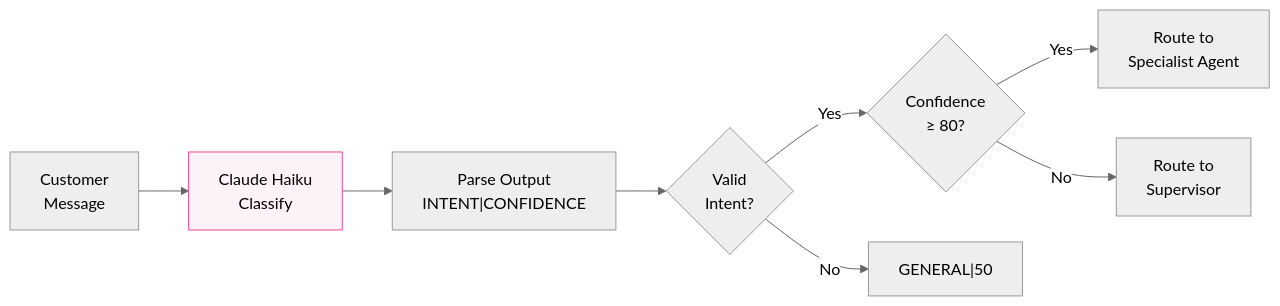
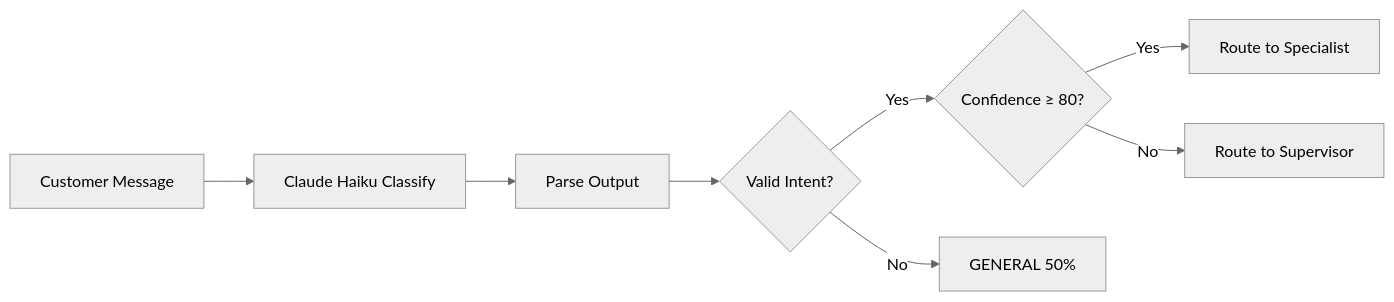
Before and after one commit to EminDurmuSS/lookfor-hackathon: the third of 11 diagrams in README.md, drawn with Mermaid (neutral theme). The commit also changed other lines of this file, not shown here.

First line of the commit message:
Refactor README formatting and diagram clarity

````diff
--- a/README.md
+++ b/README.md
@@ -218,12 +174,10 @@
 ```mermaid
 flowchart LR
-    MSG["Customer<br/>Message"] --> HAIKU["Claude Haiku<br/>Classify"]
-    HAIKU --> PARSE["Parse Output<br/>INTENT|CONFIDENCE"]
-    PARSE --> VALID{"Valid<br/>Intent?"}
-    VALID -->|Yes| CONF{"Confidence<br/>≥ 80?"}
-    VALID -->|No| GEN["GENERAL|50"]
-    CONF -->|Yes| AGENT["Route to<br/>Specialist Agent"]
-    CONF -->|No| SUPER["Route to<br/>Supervisor"]
-
-    style HAIKU fill:#fdf2f8,stroke:#ec4899
+    MSG[Customer Message] --> HAIKU[Claude Haiku Classify]
+    HAIKU --> PARSE[Parse Output]
+    PARSE --> VALID{Valid Intent?}
+    VALID -->|Yes| CONF{Confidence ≥ 80?}
+    VALID -->|No| GEN[GENERAL 50%]
+    CONF -->|Yes| AGENT[Route to Specialist]
+    CONF -->|No| SUPER[Route to Supervisor]
 ```
````
